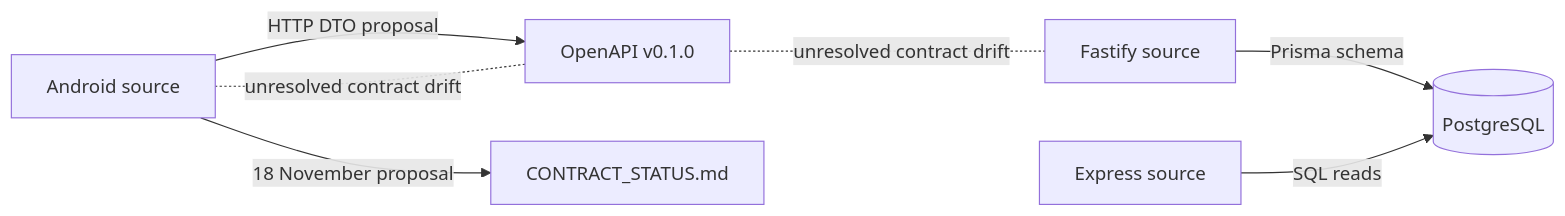
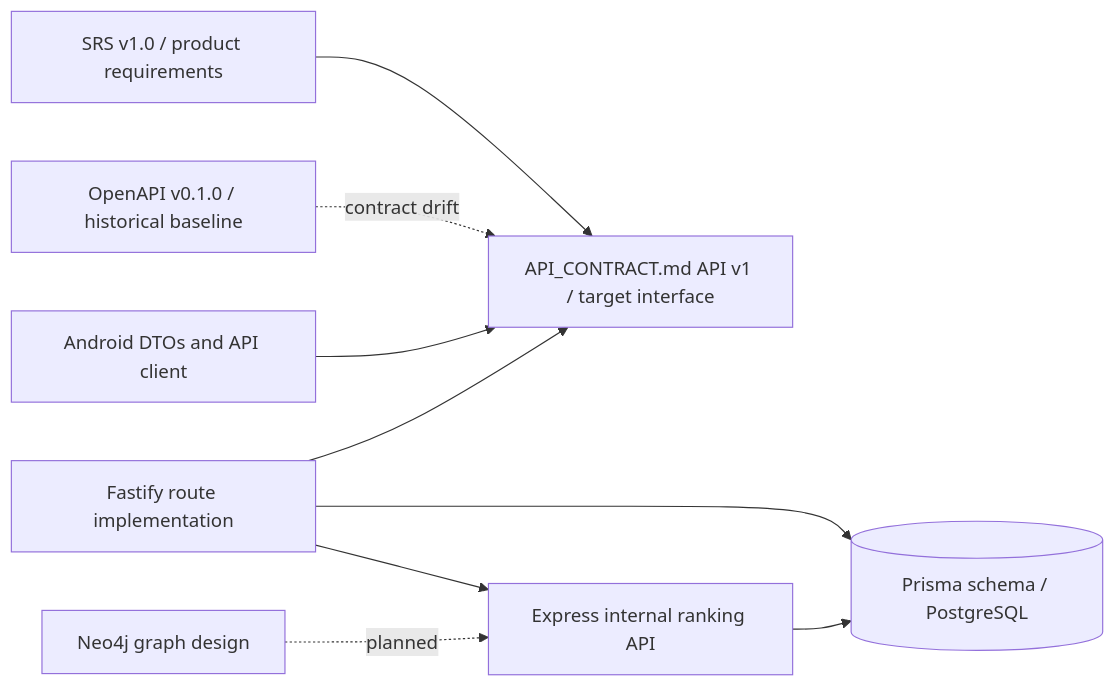
One commit to bhsei/26A changed the third of 14 diagrams in docs/design/SAD.md. Above: the diagram before and after it, drawn with Mermaid. The commit also changed other lines of this file, not shown here.

First line of the commit message:
W10 - SAD design v1.0; add AdoptAJob Software Architecture Document

````diff
--- a/docs/design/SAD.md
+++ b/docs/design/SAD.md
@@ -464,9 +489,11 @@
 ```mermaid
 flowchart LR
-    A[Android source] -- HTTP DTO proposal --> O[OpenAPI v0.1.0]
-    A -- 18 November proposal --> C[CONTRACT_STATUS.md]
-    B[Fastify source] -- Prisma schema --> P[(PostgreSQL)]
-    M[Express source] -- SQL reads --> P
-    O -. unresolved contract drift .- A
-    O -. unresolved contract drift .- B
+    S[SRS v1.0 / product requirements] --> C[API_CONTRACT.md API v1 / target interface]
+    O[OpenAPI v0.1.0 / historical baseline] -. contract drift .-> C
+    A[Android DTOs and API client] --> C
+    F[Fastify route implementation] --> C
+    F --> P[(Prisma schema / PostgreSQL)]
+    F --> M[Express internal ranking API]
+    M --> P
+    G[Neo4j graph design] -. planned .-> M
 ```
````
